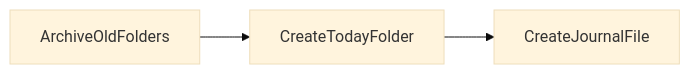
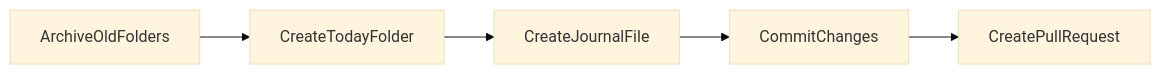
The diagram in journal_daily_setup/docs/design.md (merrellkd/business-os-automations), drawn with Mermaid (base theme) before and after one commit. The commit also changed other lines of this file and 3 other files, not shown here.

````diff
--- a/journal_daily_setup/docs/design.md
+++ b/journal_daily_setup/docs/design.md
@@ -7,5 +7,7 @@
 ```mermaid
 flowchart LR
     A[ArchiveOldFolders] --> B[CreateTodayFolder]
     B --> C[CreateJournalFile]
+    C --> D[CommitChanges]
+    D --> E[CreatePullRequest]
 ```
````
